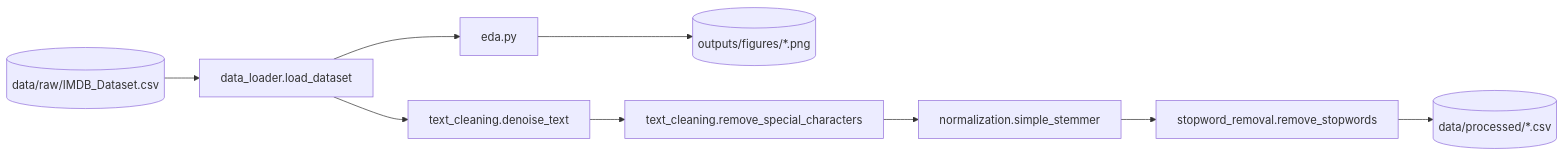
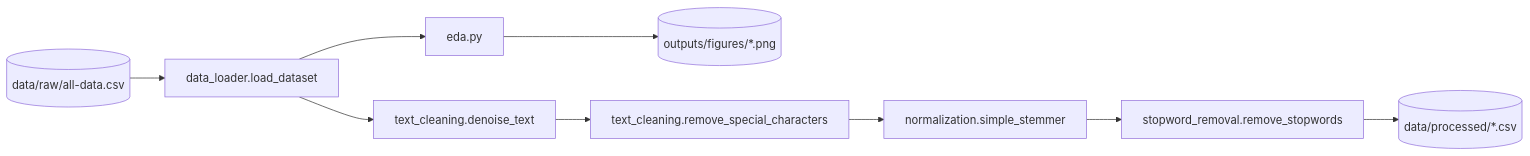
The second of 4 diagrams in nltk_text_preprocessing/knowledge.md (aditya-github-as88/Generative-AI), drawn with Mermaid before and after one commit. The commit also changed other lines of this file and 5 other files, not shown here.

````diff
--- a/nltk_text_preprocessing/knowledge.md
+++ b/nltk_text_preprocessing/knowledge.md
@@ -44,11 +44,11 @@
 ```mermaid
 flowchart LR
-    R[(data/raw/IMDB_Dataset.csv)] --> L[data_loader.load_dataset]
+    R[(data/raw/all-data.csv)] --> L[data_loader.load_dataset]
     L --> E[eda.py]
     E --> P[(outputs/figures/*.png)]
     L --> D[text_cleaning.denoise_text]
     D --> S[text_cleaning.remove_special_characters]
     S --> T[normalization.simple_stemmer]
     T --> W[stopword_removal.remove_stopwords]
     W --> O[(data/processed/*.csv)]
 ```
````
